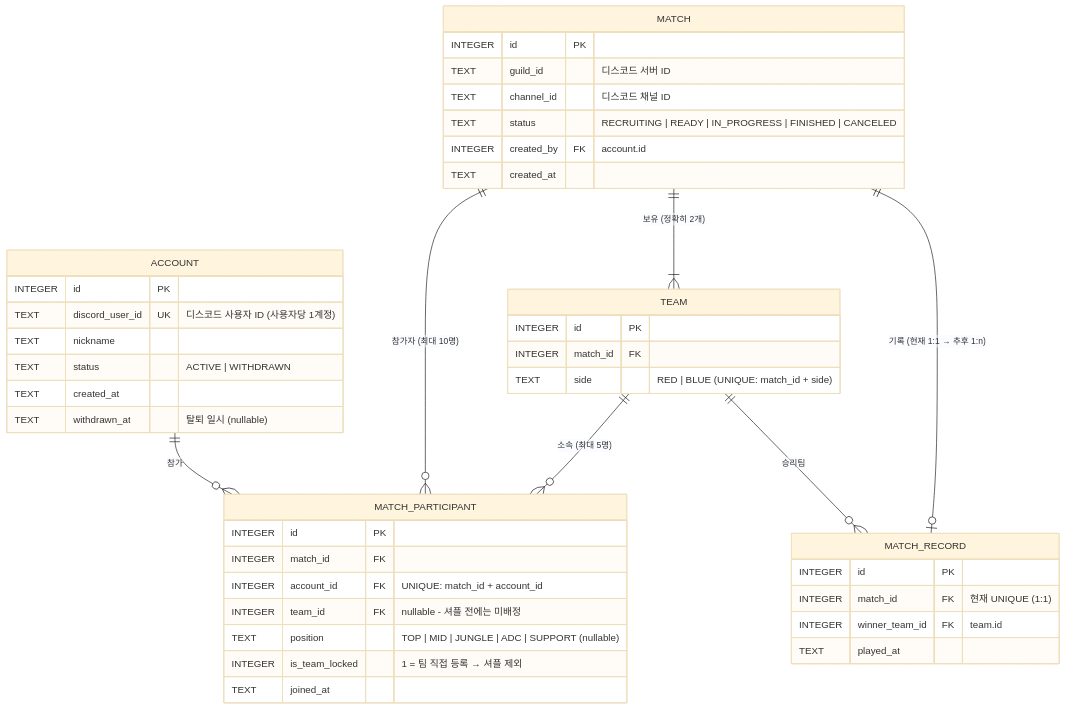
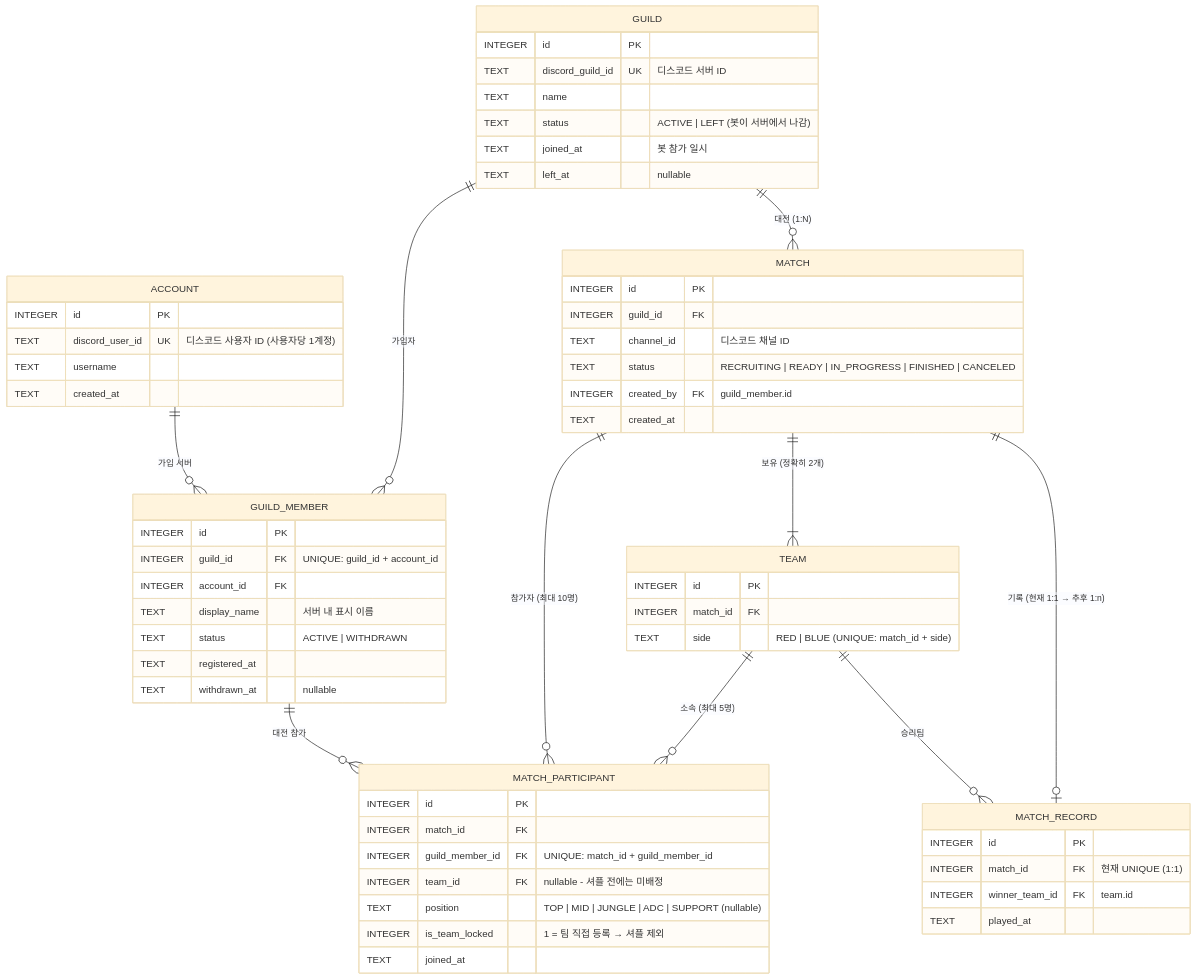
The diagram in CLAUDE.md (RedPanda6801/movie_app_notebook), drawn with Mermaid (base theme) before and after one commit. The commit also changed other lines of this file, not shown here.

Commit message:
Add guild table and per-server membership to ERD
Claude-Session: https://claude.ai/code/session_01Dvj35uGQHsCYE9Pib7Phn1

````diff
--- a/CLAUDE.md
+++ b/CLAUDE.md
@@ -51,50 +56,70 @@
 ```mermaid
 erDiagram
-    ACCOUNT ||--o{ MATCH_PARTICIPANT : "참가"
-    MATCH   ||--o{ MATCH_PARTICIPANT : "참가자 (최대 10명)"
-    MATCH   ||--|{ TEAM              : "보유 (정확히 2개)"
-    TEAM    ||--o{ MATCH_PARTICIPANT : "소속 (최대 5명)"
-    MATCH   ||--o| MATCH_RECORD      : "기록 (현재 1:1 → 추후 1:n)"
-    TEAM    ||--o{ MATCH_RECORD      : "승리팀"
+    GUILD        ||--o{ GUILD_MEMBER      : "가입자"
+    ACCOUNT      ||--o{ GUILD_MEMBER      : "가입 서버"
+    GUILD        ||--o{ MATCH             : "대전 (1:N)"
+    GUILD_MEMBER ||--o{ MATCH_PARTICIPANT : "대전 참가"
+    MATCH        ||--o{ MATCH_PARTICIPANT : "참가자 (최대 10명)"
+    MATCH        ||--|{ TEAM              : "보유 (정확히 2개)"
+    TEAM         ||--o{ MATCH_PARTICIPANT : "소속 (최대 5명)"
+    MATCH        ||--o| MATCH_RECORD      : "기록 (현재 1:1 → 추후 1:n)"
+    TEAM         ||--o{ MATCH_RECORD      : "승리팀"
+
+    GUILD {
+        INTEGER id PK
+        TEXT    discord_guild_id UK "디스코드 서버 ID"
+        TEXT    name
+        TEXT    status "ACTIVE | LEFT (봇이 서버에서 나감)"
+        TEXT    joined_at "봇 참가 일시"
+        TEXT    left_at   "nullable"
+    }
 
     ACCOUNT {
         INTEGER id PK
         TEXT    discord_user_id UK "디스코드 사용자 ID (사용자당 1계정)"
-        TEXT    nickname
+        TEXT    username
+        TEXT    created_at
+    }
+
+    GUILD_MEMBER {
+        INTEGER id PK
+        INTEGER guild_id   FK "UNIQUE: guild_id + account_id"
+        INTEGER account_id FK
+        TEXT    display_name "서버 내 표시 이름"
         TEXT    status "ACTIVE | WITHDRAWN"
-        TEXT    created_at
-        TEXT    withdrawn_at "탈퇴 일시 (nullable)"
+        TEXT    registered_at
+        TEXT    withdrawn_at "nullable"
     }
 
     MATCH {
         INTEGER id PK
-        TEXT    guild_id   "디스코드 서버 ID"
+        INTEGER guild_id FK
         TEXT    channel_id "디스코드 채널 ID"
         TEXT    status "RECRUITING | READY | IN_PROGRESS | FINISHED | CANCELED"
-        INTEGER created_by FK "account.id"
+        INTEGER created_by FK "guild_member.id"
         TEXT    created_at
     }
 
     TEAM {
         INTEGER id PK
         INTEGER match_id FK
         TEXT    side "RED | BLUE  (UNIQUE: match_id + side)"
     }
 
     MATCH_PARTICIPANT {
         INTEGER id PK
-        INTEGER match_id   FK
-        INTEGER account_id FK "UNIQUE: match_id + account_id"
-        INTEGER team_id    FK "nullable - 셔플 전에는 미배정"
+        INTEGER match_id        FK
+        INTEGER guild_member_id FK "UNIQUE: match_id + guild_member_id"
+        INTEGER team_id         FK "nullable - 셔플 전에는 미배정"
         TEXT    position "TOP | MID | JUNGLE | ADC | SUPPORT (nullable)"
         INTEGER is_team_locked "1 = 팀 직접 등록 → 셔플 제외"
         TEXT    joined_at
     }
 
     MATCH_RECORD {
         INTEGER id PK
         INTEGER match_id       FK "현재 UNIQUE (1:1)"
         INTEGER winner_team_id FK "team.id"
         TEXT    played_at
     }
 ```
````
